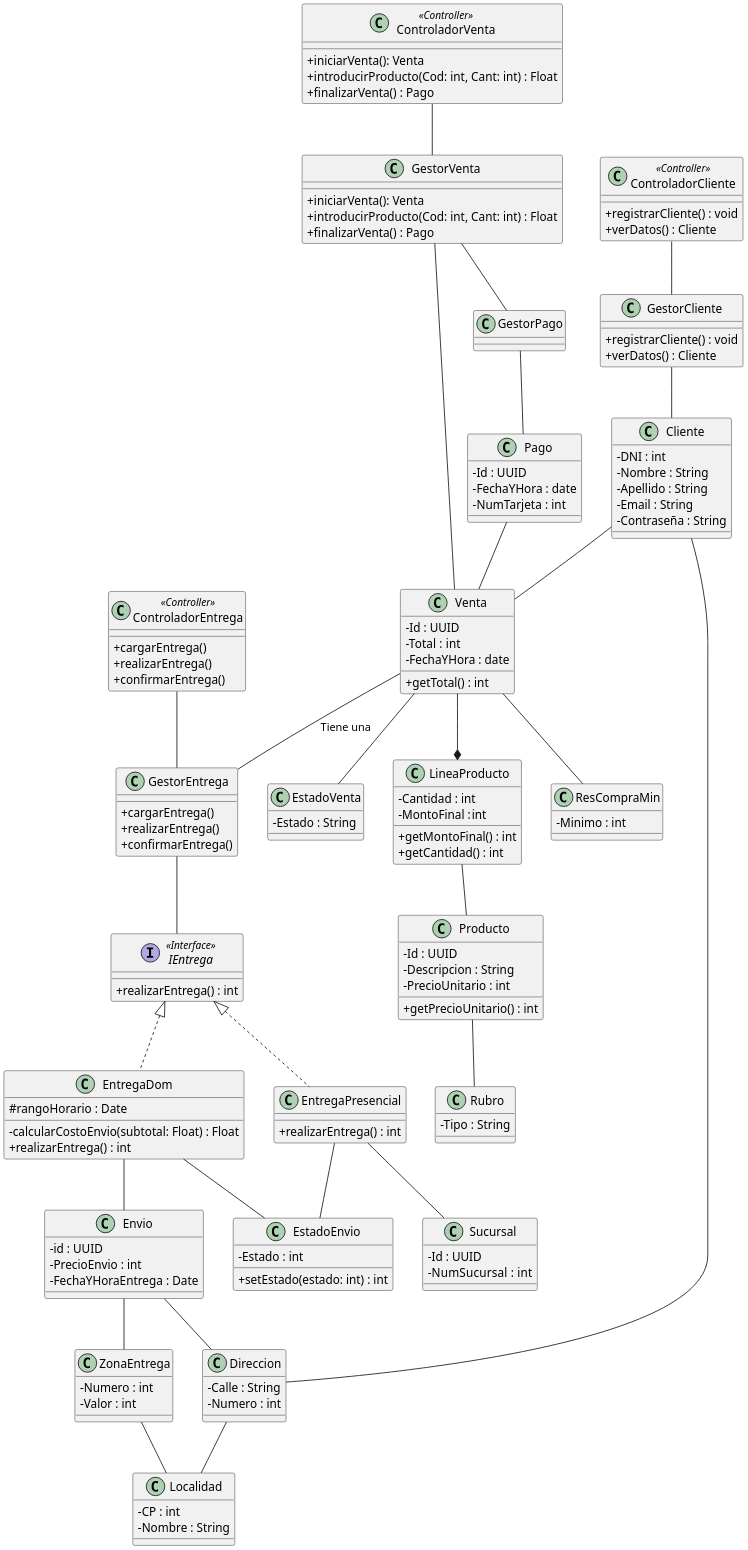
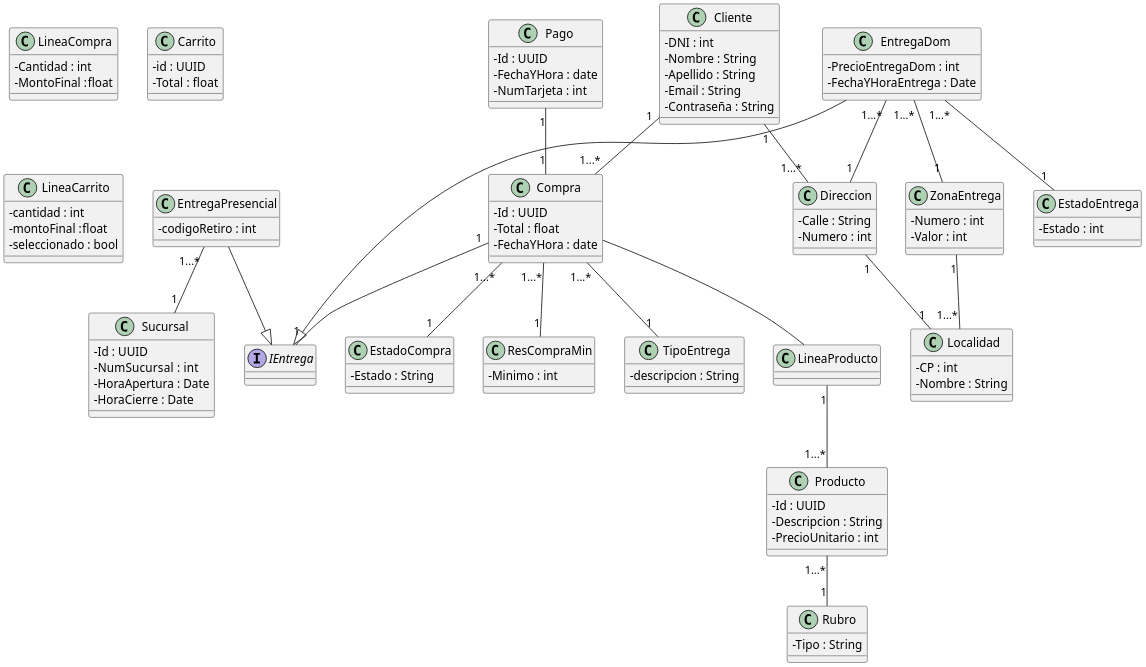
Before and after one commit to MrUse77/Programacion-UNLAM: the diagram in Diseño de Sistemas/EJ4/DOO.puml, drawn with PlantUML. The commit also changed other lines of this file and 2 other files, not shown here.

```diff
--- a/Diseño de Sistemas/EJ4/DOO.puml
+++ b/Diseño de Sistemas/EJ4/DOO.puml
@@ -25,176 +25,136 @@
 @startuml
 skinparam classAttributeIconSize 0
 skinparam dpi 192
 '----- CLASES -----'
 
 class Sucursal {
 	- Id : UUID
 	- NumSucursal :  int
+	- HoraApertura : Date
+	- HoraCierre : Date
 }
 
 class Pago {
 	- Id : UUID
 	- FechaYHora : date
 	- NumTarjeta : int
 }
 
 class Cliente {
 	- DNI : int
 	- Nombre : String
 	- Apellido : String
 	- Email : String
 	- Contraseña : String
 }
 
-class Venta {
+class Compra {
 	- Id : UUID
-	- Total : int
+	- Total : float
 	- FechaYHora : date
-	+ getTotal() : int
-
 }
 
-class EstadoVenta {
+class EstadoCompra {
 	- Estado : String
 }
 
-class LineaProducto {
+class LineaCompra {
 	- Cantidad : int
-	- MontoFinal :	int 
-	+ getMontoFinal() : int
-	+ getCantidad() : int
+	- MontoFinal :	float
 }
 
 class Producto {
 	- Id : UUID
 	- Descripcion : String
 	- PrecioUnitario : int 
-	+ getPrecioUnitario() : int
 }
 
 class Rubro {
 	- Tipo : String
 }
 
 class ResCompraMin {
 	- Minimo : int
-}
-
-class Envio {
-	- id : UUID
-	- PrecioEnvio : int
-	- FechaYHoraEntrega : Date
 }
 
 class ZonaEntrega {
 	- Numero : int
 	- Valor : int
 }
 
 class Direccion {
 	- Calle : String
 	- Numero : int
 }
 
-class EstadoEnvio {
+class EstadoEntrega {
 	- Estado : int
-	+ setEstado(estado: int) : int
 }
 
 class Localidad {
 	- CP : int
 	- Nombre : String
 }
 
 class EntregaDom{
-	# rangoHorario : Date
-	- calcularCostoEnvio(subtotal: Float) : Float
-	+ realizarEntrega() : int
+	- PrecioEntregaDom : int
+	- FechaYHoraEntrega : Date
 }
 
 class EntregaPresencial{
-	+ realizarEntrega() : int
+	- codigoRetiro : int
 }
 
-class ControladorVenta <<Controller>>{
-	+ iniciarVenta(): Venta
-	+ introducirProducto(Cod: int, Cant: int) : Float
-	+ finalizarVenta() : Pago
+class TipoEntrega{
+	- descripcion : String 
 }
 
-class GestorVenta{
-	+ iniciarVenta(): Venta
-	+ introducirProducto(Cod: int, Cant: int) : Float
-	+ finalizarVenta() : Pago
+class Carrito{
+	- id : UUID
+	- Total : float
 }
 
-class ControladorEntrega <<Controller>>{ 
-	+ cargarEntrega()
-	+ realizarEntrega()
-	+ confirmarEntrega()
+class LineaCarrito{
+	- cantidad : int
+	- montoFinal :	float
+	- seleccionado : bool
 }
 
-class GestorEntrega{
-	+ cargarEntrega()
-	+ realizarEntrega()
-	+ confirmarEntrega()
-}
 
-class GestorPago{
+
+'----- INTERFACES -----'
+
+interface IEntrega {
 
 }
 
-class ControladorCliente <<Controller>>{
-	+ registrarCliente() : void
-	+ verDatos() : Cliente
-}
+'----- RELACIONES -----'
+Cliente "1"--"1...*" Compra
+Cliente "1"--"1...*" Direccion
 
-class GestorCliente{
-	+ registrarCliente() : void
-	+ verDatos() : Cliente
-}
-
-'----- INTERFACES -----'
-interface IEntrega <<Interface>>{
-	+ realizarEntrega() : int
-}
-
-'----- RELACIONES -----'
-Cliente -- Venta
-Cliente -- Direccion
-
-Pago -- Venta
-
-ControladorEntrega -- GestorEntrega
-GestorEntrega -- IEntrega
-IEntrega <|.. EntregaDom
-IEntrega <|.. EntregaPresencial
+Pago "1"--"1" Compra
 
 
-EntregaDom -- Envio
-EntregaPresencial -- Sucursal
+EntregaPresencial "1...*" -- "1" Sucursal
 
-ControladorCliente -- GestorCliente
-GestorCliente -- Cliente
 
-ControladorVenta -- GestorVenta
-GestorVenta -- Venta
-GestorVenta -- GestorPago
-GestorPago -- Pago
-Venta -- EstadoVenta
-Venta --* LineaProducto
-Venta -- GestorEntrega : "Tiene una"
-LineaProducto -- Producto
-Producto -- Rubro
+Compra "1...*"--"1" EstadoCompra
+Compra "1"--"1" IEntrega
+Compra -- LineaProducto
+LineaProducto "1"--"1...*" Producto
+Producto "1...*"--"1" Rubro
 
-Venta -- ResCompraMin
-Envio -- Direccion
-EntregaDom -- EstadoEnvio
-EntregaPresencial -- EstadoEnvio
-Envio -- ZonaEntrega
+Compra "1...*"--"1" TipoEntrega 
+Compra "1...*"--"1" ResCompraMin
+EntregaDom "1...*"--"1" Direccion
+EntregaDom "1...*"--"1" EstadoEntrega
+EntregaDom "1...*" -- "1" ZonaEntrega
 
-Direccion -- Localidad
-ZonaEntrega -- Localidad
+EntregaPresencial --|> IEntrega
+EntregaDom --|> IEntrega
+
+Direccion "1"--"1" Localidad
+ZonaEntrega "1"--"1...*" Localidad
 
 
 @enduml
```
